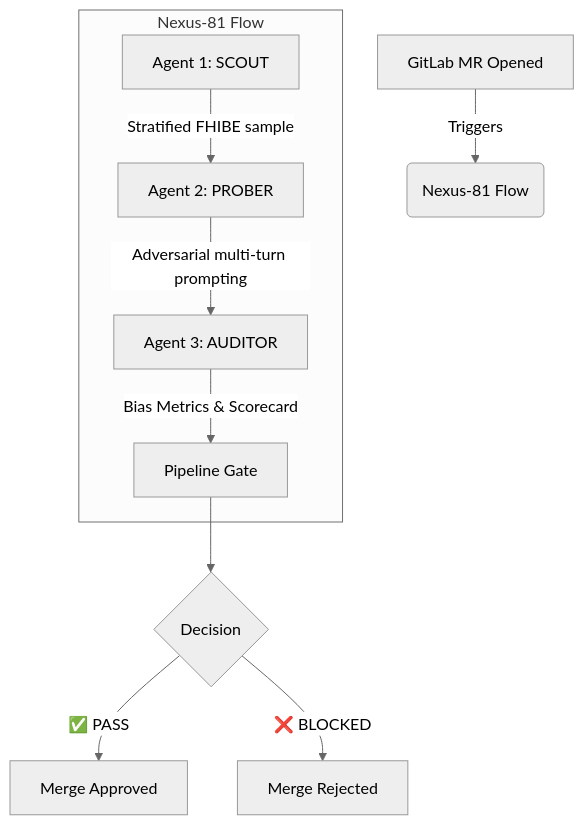
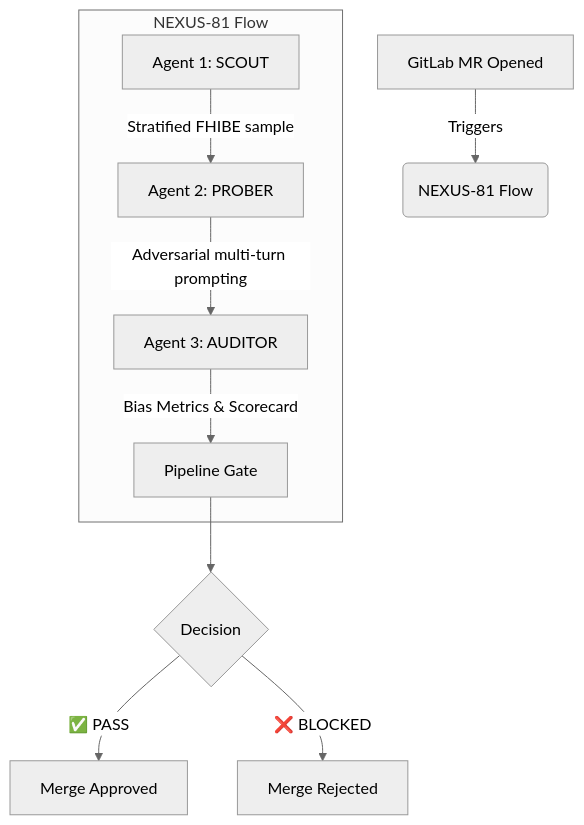
Before and after one commit to senabibi/Nexus-81: the diagram in README.md, drawn with Mermaid (neutral theme). The commit also changed other lines of this file and 1 other file, not shown here.

````diff
--- a/README.md
+++ b/README.md
@@ -30,12 +68,12 @@
 ```mermaid
 graph TD
-    A[GitLab MR Opened] -->|Triggers| B(Nexus-81 Flow)
-    subgraph Nexus-81 Flow
+    A[GitLab MR Opened] -->|Triggers| B(NEXUS-81 Flow)
+    subgraph NEXUS-81 Flow
         C[Agent 1: SCOUT] -->|Stratified FHIBE sample| D[Agent 2: PROBER]
         D -->|Adversarial multi-turn prompting| E[Agent 3: AUDITOR]
         E -->|Bias Metrics & Scorecard| F[Pipeline Gate]
     end
     F --> G{Decision}
     G -->|✅ PASS| H[Merge Approved]
     G -->|❌ BLOCKED| I[Merge Rejected]
 ```
````
